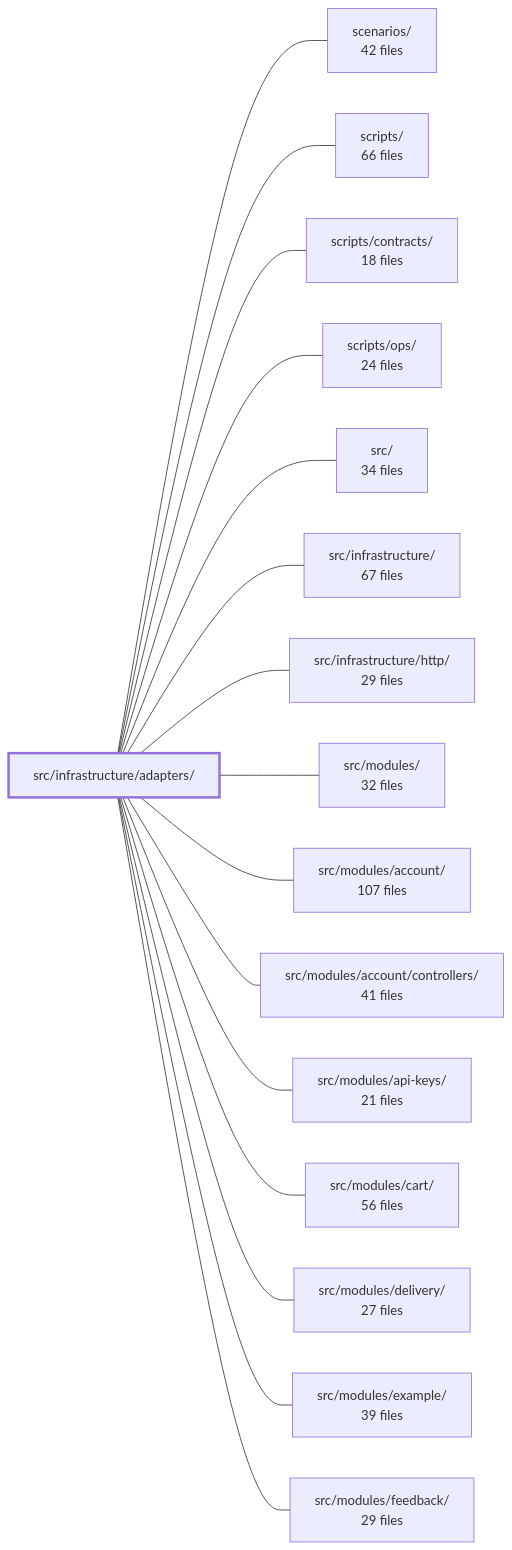
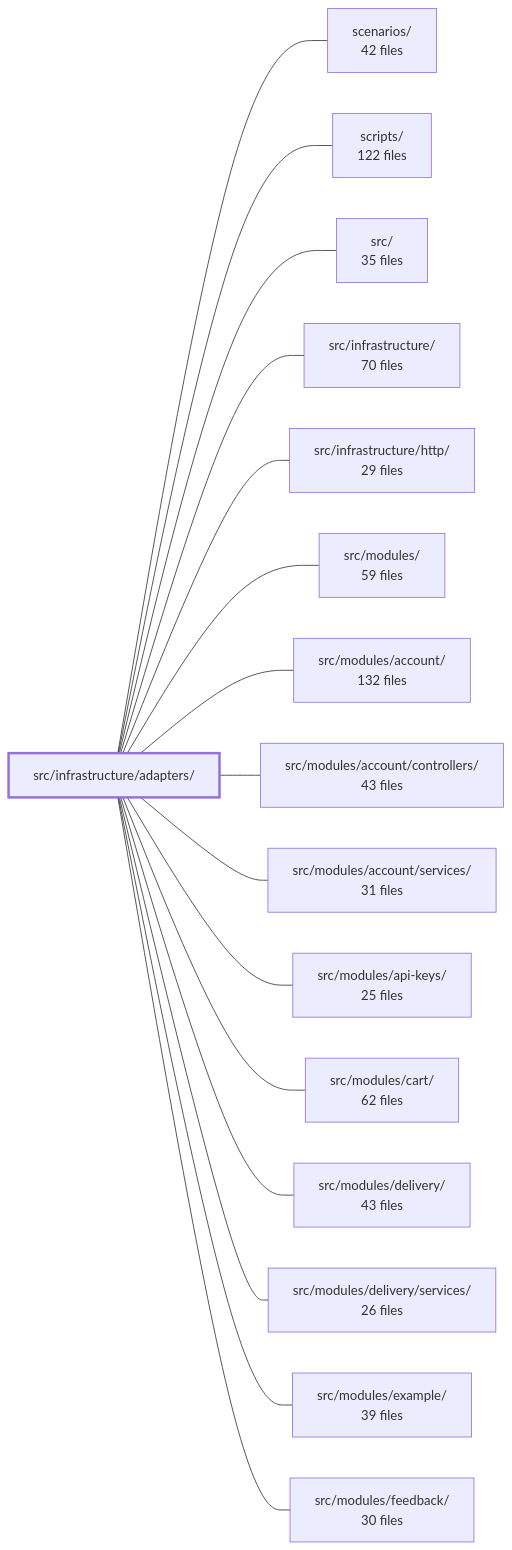
Before and after one commit to Guebbit/boilerplate-node-backend: the diagram in .2brain/modules/boilerplate-node-backend_src_infrastructure_adapters.md, drawn with Mermaid. The commit also changed other lines of this file and 627 other files, not shown here.

````diff
--- a/.2brain/modules/boilerplate-node-backend_src_infrastructure_adapters.md
+++ b/.2brain/modules/boilerplate-node-backend_src_infrastructure_adapters.md
@@ -44,35 +43,35 @@
 ```mermaid
 flowchart LR
     m_src_infrastructure_adapters["src/infrastructure/adapters/"]
     m_scenarios["scenarios/<br/>42 files"]
-    m_scripts["scripts/<br/>66 files"]
-    m_scripts_contracts["scripts/contracts/<br/>18 files"]
-    m_scripts_ops["scripts/ops/<br/>24 files"]
-    m_src["src/<br/>34 files"]
-    m_src_infrastructure["src/infrastructure/<br/>67 files"]
+    m_scripts["scripts/<br/>122 files"]
+    m_src["src/<br/>35 files"]
+    m_src_infrastructure["src/infrastructure/<br/>70 files"]
     m_src_infrastructure_http["src/infrastructure/http/<br/>29 files"]
-    m_src_modules["src/modules/<br/>32 files"]
-    m_src_modules_account["src/modules/account/<br/>107 files"]
-    m_src_modules_account_controllers["src/modules/account/controllers/<br/>41 files"]
-    m_src_modules_api_keys["src/modules/api-keys/<br/>21 files"]
-    m_src_modules_cart["src/modules/cart/<br/>56 files"]
-    m_src_modules_delivery["src/modules/delivery/<br/>27 files"]
+    m_src_modules["src/modules/<br/>59 files"]
+    m_src_modules_account["src/modules/account/<br/>132 files"]
+    m_src_modules_account_controllers["src/modules/account/controllers/<br/>43 files"]
+    m_src_modules_account_services["src/modules/account/services/<br/>31 files"]
+    m_src_modules_api_keys["src/modules/api-keys/<br/>25 files"]
+    m_src_modules_cart["src/modules/cart/<br/>62 files"]
+    m_src_modules_delivery["src/modules/delivery/<br/>43 files"]
+    m_src_modules_delivery_services["src/modules/delivery/services/<br/>26 files"]
     m_src_modules_example["src/modules/example/<br/>39 files"]
-    m_src_modules_feedback["src/modules/feedback/<br/>29 files"]
+    m_src_modules_feedback["src/modules/feedback/<br/>30 files"]
     m_src_infrastructure_adapters --- m_scenarios
     m_src_infrastructure_adapters --- m_scripts
-    m_src_infrastructure_adapters --- m_scripts_contracts
-    m_src_infrastructure_adapters --- m_scripts_ops
     m_src_infrastructure_adapters --- m_src
     m_src_infrastructure_adapters --- m_src_infrastructure
     m_src_infrastructure_adapters --- m_src_infrastructure_http
     m_src_infrastructure_adapters --- m_src_modules
     m_src_infrastructure_adapters --- m_src_modules_account
     m_src_infrastructure_adapters --- m_src_modules_account_controllers
+    m_src_infrastructure_adapters --- m_src_modules_account_services
     m_src_infrastructure_adapters --- m_src_modules_api_keys
     m_src_infrastructure_adapters --- m_src_modules_cart
     m_src_infrastructure_adapters --- m_src_modules_delivery
+    m_src_infrastructure_adapters --- m_src_modules_delivery_services
     m_src_infrastructure_adapters --- m_src_modules_example
     m_src_infrastructure_adapters --- m_src_modules_feedback
     style m_src_infrastructure_adapters stroke-width:3px
 ```
````
